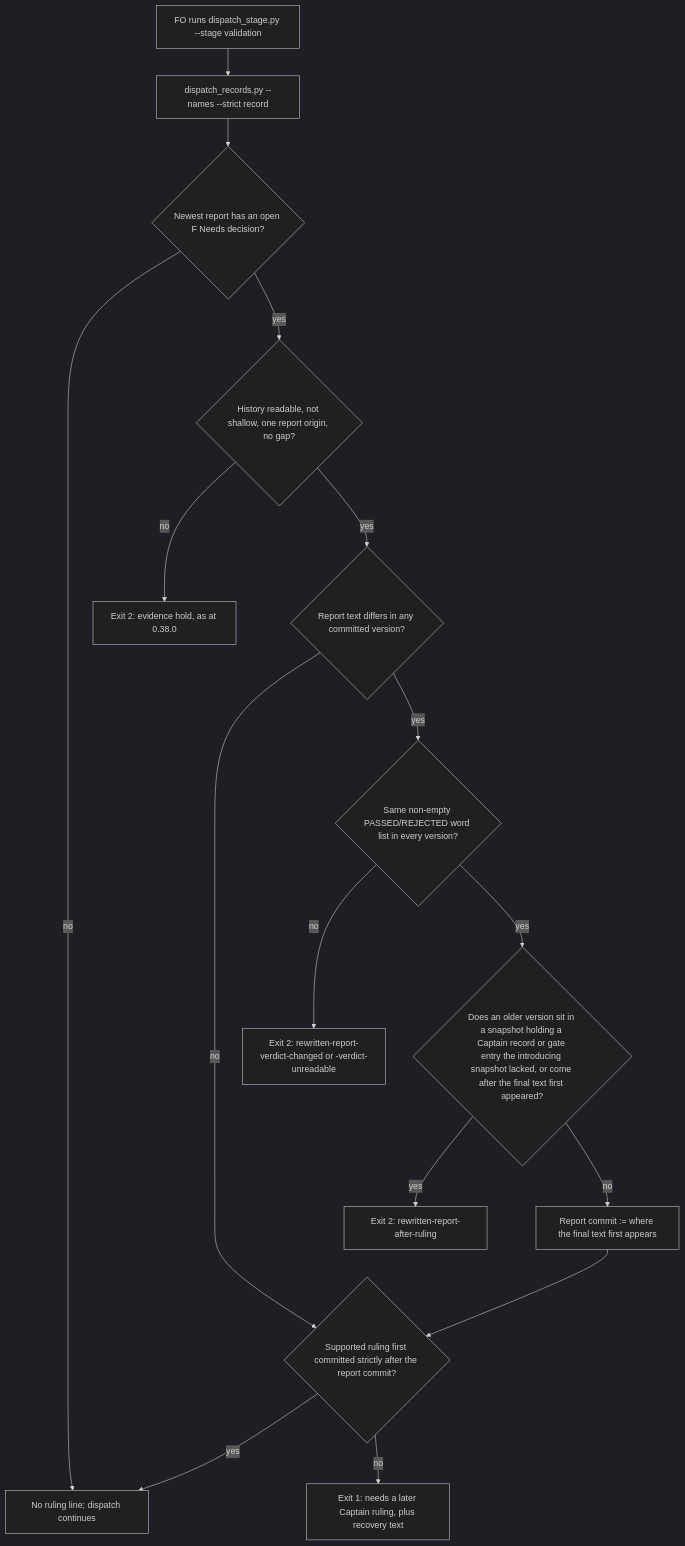
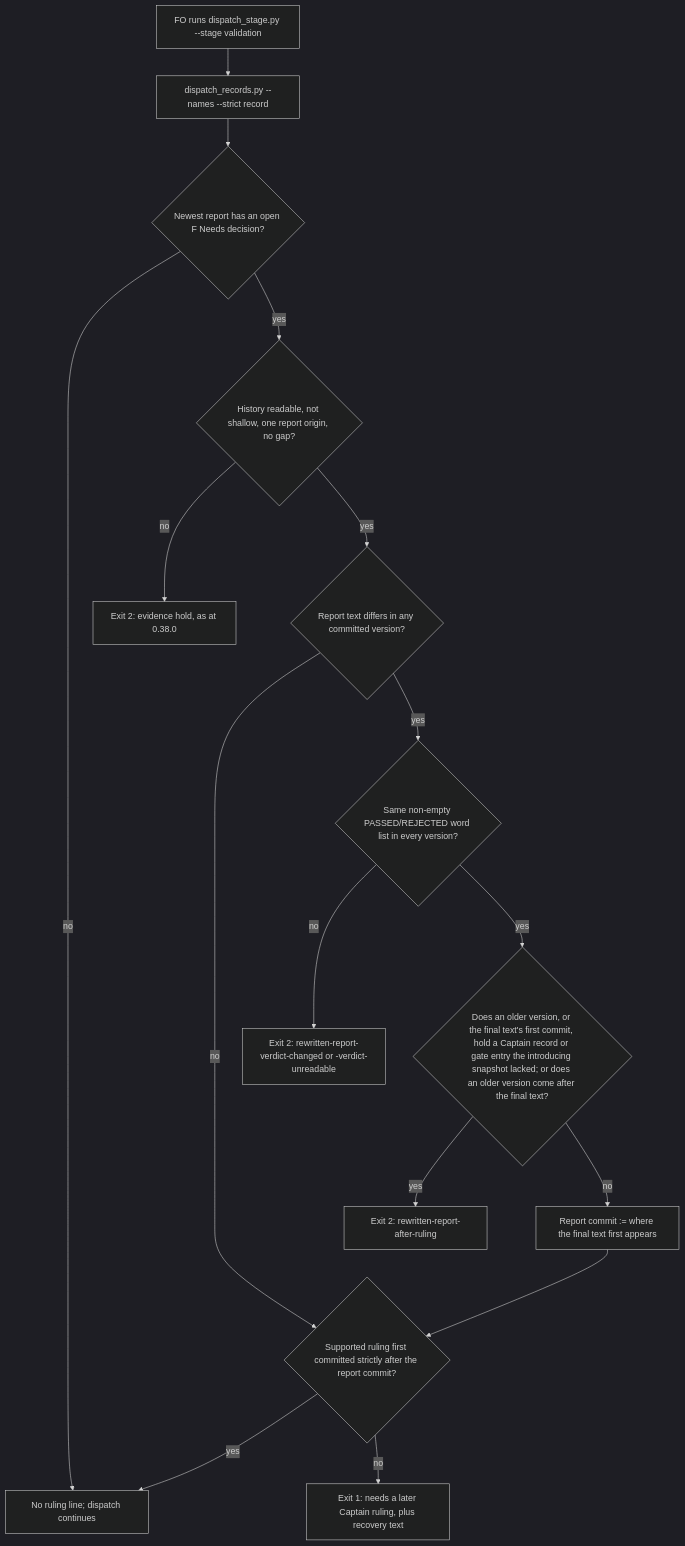
The diagram in validation-rerun-accepts-report-fixed-before-ruling.md (iamcxa/kc-claude-plugins), drawn with Mermaid (dark theme) before and after one commit. The commit also changed other lines of this file and 1 other file, not shown here.

Commit message:
ideation: validation-rerun-accepts-report-fixed-before-ruling same-commit refusal, gate entry kinds, ADR-side overlap

````diff
--- a/validation-rerun-accepts-report-fixed-before-ruling.md
+++ b/validation-rerun-accepts-report-fixed-before-ruling.md
@@ -70,18 +70,18 @@
 ```mermaid
 flowchart TD
   A["FO runs dispatch_stage.py --stage validation"] --> B["dispatch_records.py --names --strict record"]
   B --> C{"Newest report has an open F Needs decision?"}
   C -- no --> P["No ruling line; dispatch continues"]
   C -- yes --> D{"History readable, not shallow, one report origin, no gap?"}
   D -- no --> H2["Exit 2: evidence hold, as at 0.38.0"]
   D -- yes --> E{"Report text differs in any committed version?"}
   E -- no --> K{"Supported ruling first committed strictly after the report commit?"}
   E -- yes --> F{"Same non-empty PASSED/REJECTED word list in every version?"}
   F -- no --> HV["Exit 2: rewritten-report-verdict-changed or -verdict-unreadable"]
-  F -- yes --> G{"Does an older version sit in a snapshot holding a Captain record or gate entry the introducing snapshot lacked, or come after the final text first appeared?"}
+  F -- yes --> G{"Does an older version, or the final text's first commit, hold a Captain record or gate entry the introducing snapshot lacked; or does an older version come after the final text?"}
   G -- yes --> HR["Exit 2: rewritten-report-after-ruling"]
   G -- no --> S["Report commit := where the final text first appears"]
   S --> K
   K -- yes --> P
   K -- no --> H1["Exit 1: needs a later Captain ruling, plus recovery text"]
 ```
````
